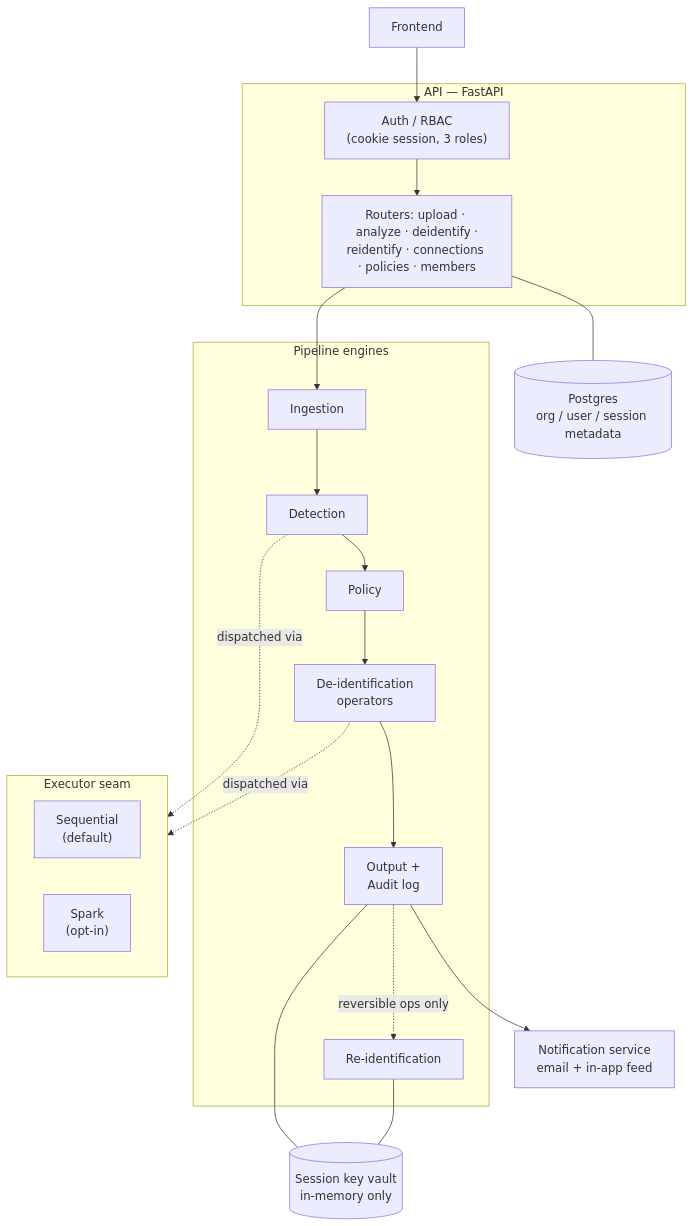
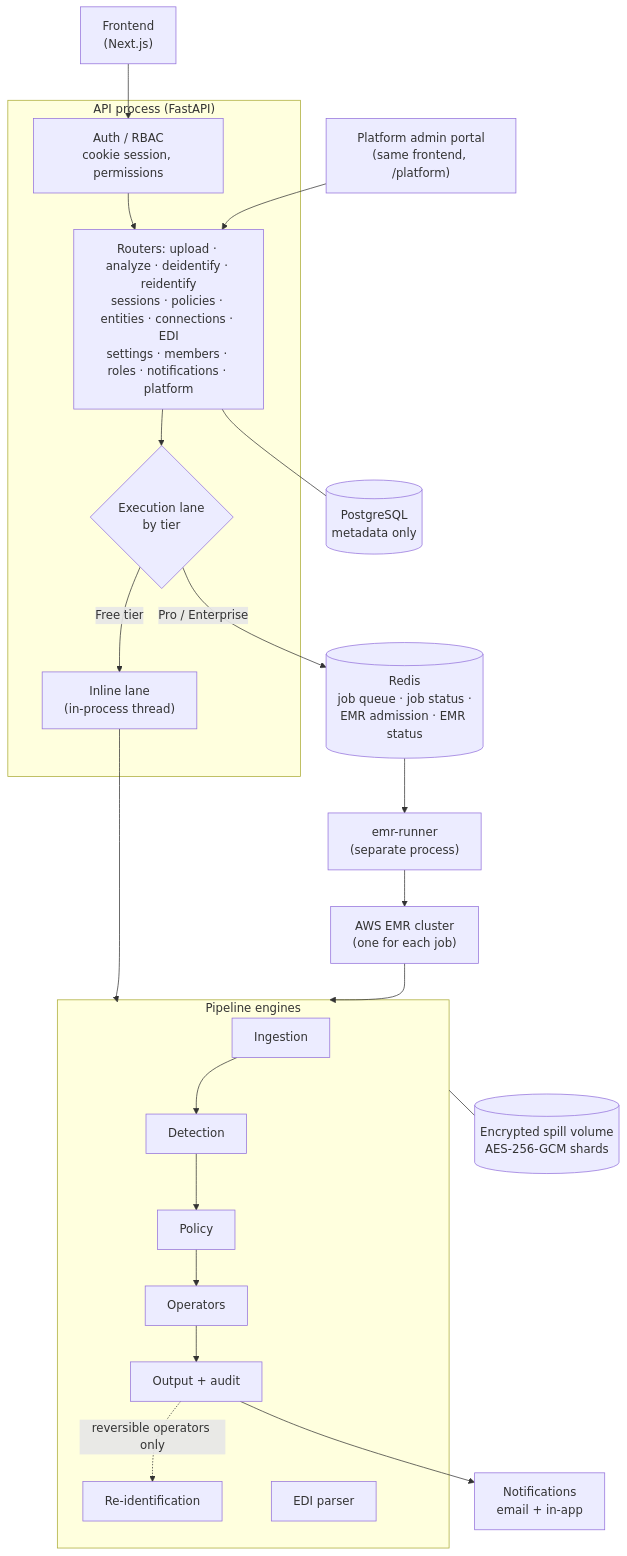
One commit to DataShield-sp18/data-shield-docs changed the first of 2 diagrams in docs/architecture/overview.md. Above: the diagram before and after it, drawn with Mermaid. The commit also changed other lines of this file and 6 other files, not shown here.

Commit message:
docs(arch): EMR lane, encrypted spill, auto master key

````diff
--- a/docs/architecture/overview.md
+++ b/docs/architecture/overview.md
@@ -9,37 +5,35 @@
 ```mermaid
 flowchart TB
-    FE["Frontend"]
+    FE["Frontend<br/>(Next.js)"]
+    PFE["Platform admin portal<br/>(same frontend, /platform)"]
 
-    subgraph API["API — FastAPI"]
-        AUTH["Auth / RBAC<br/>(cookie session, 3 roles)"]
-        ROUTERS["Routers: upload · analyze · deidentify ·\nreidentify · connections · policies · members"]
+    subgraph API["API process (FastAPI)"]
+        AUTH["Auth / RBAC<br/>cookie session, permissions"]
+        ROUTERS["Routers: upload · analyze · deidentify · reidentify<br/>sessions · policies · entities · connections · EDI<br/>settings · members · roles · notifications · platform"]
+        LANE{"Execution lane<br/>by tier"}
+        INLINE["Inline lane<br/>(in-process thread)"]
     end
 
     subgraph ENGINES["Pipeline engines"]
-        ING["Ingestion"]
-        DET["Detection"]
-        POL["Policy"]
-        OPS["De-identification\noperators"]
-        OUT["Output +\nAudit log"]
+        ING["Ingestion"] --> DET["Detection"] --> POL["Policy"] --> OPS["Operators"] --> OUT["Output + audit"]
         REID["Re-identification"]
+        EDI["EDI parser"]
     end
 
-    subgraph EXEC["Executor seam"]
-        SEQ["Sequential\n(default)"]
-        SPARK["Spark\n(opt-in)"]
-    end
-
-    VAULT[("Session key vault\nin-memory only")]
-    PG[("Postgres\norg / user / session metadata")]
-    NOTIFY["Notification service\nemail + in-app feed"]
+    REDIS[("Redis<br/>job queue · job status ·<br/>EMR admission · EMR status")]
+    RUNNER["emr-runner<br/>(separate process)"]
+    EMR["AWS EMR cluster<br/>(one for each job)"]
+    PG[("PostgreSQL<br/>metadata only")]
+    DISK[("Encrypted spill volume<br/>AES-256-GCM shards")]
+    NOTIFY["Notifications<br/>email + in-app"]
 
     FE --> AUTH --> ROUTERS
-    ROUTERS --> ING --> DET --> POL --> OPS --> OUT
-    OUT -. reversible ops only .-> REID
-    DET -. dispatched via .-> EXEC
-    OPS -. dispatched via .-> EXEC
-    OUT --- VAULT
-    REID --- VAULT
+    PFE --> ROUTERS
+    ROUTERS --> LANE
+    LANE -- "Free tier" --> INLINE --> ENGINES
+    LANE -- "Pro / Enterprise" --> REDIS --> RUNNER --> EMR --> ENGINES
     ROUTERS --- PG
+    ENGINES --- DISK
     OUT --> NOTIFY
+    OUT -. "reversible operators only" .-> REID
 ```
````
